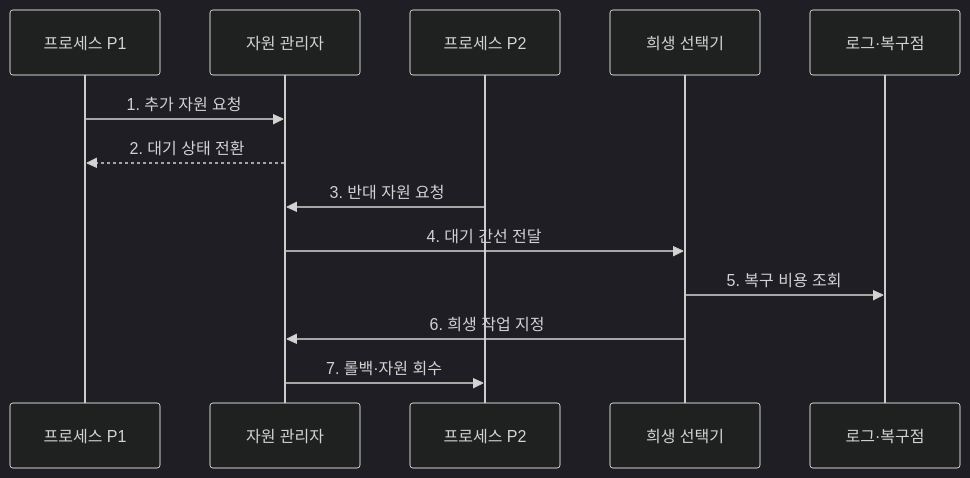
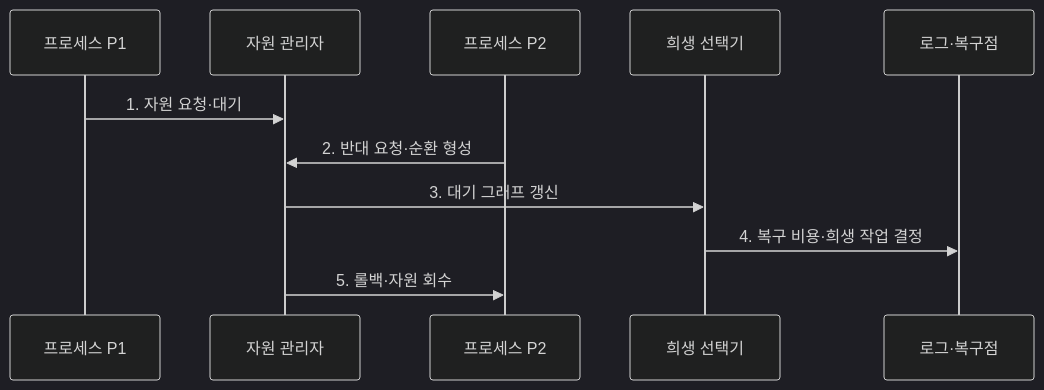
Before and after one commit to agnusdei1207/knowledge-base: the second of 2 diagrams in src/content/docs/notes/03-software/009_deadlock.md, drawn with Mermaid (dark theme). The commit also changed other lines of this file and 238 other files, not shown here.

````diff
--- a/src/content/docs/notes/03-software/009_deadlock.md
+++ b/src/content/docs/notes/03-software/009_deadlock.md
@@ -88,15 +88,13 @@
 ```mermaid
 sequenceDiagram
     participant P1 as 프로세스 P1
     participant R as 자원 관리자
     participant P2 as 프로세스 P2
     participant G as 희생 선택기
     participant L as 로그·복구점
-    P1->>R: 1. 추가 자원 요청
-    R-->>P1: 2. 대기 상태 전환
-    P2->>R: 3. 반대 자원 요청
-    R->>G: 4. 대기 간선 전달
-    G->>L: 5. 복구 비용 조회
-    G->>R: 6. 희생 작업 지정
-    R->>P2: 7. 롤백·자원 회수
+    P1->>R: 1. 자원 요청·대기
+    P2->>R: 2. 반대 요청·순환 형성
+    R->>G: 3. 대기 그래프 갱신
+    G->>L: 4. 복구 비용·희생 작업 결정
+    R->>P2: 5. 롤백·자원 회수
 ```
````
